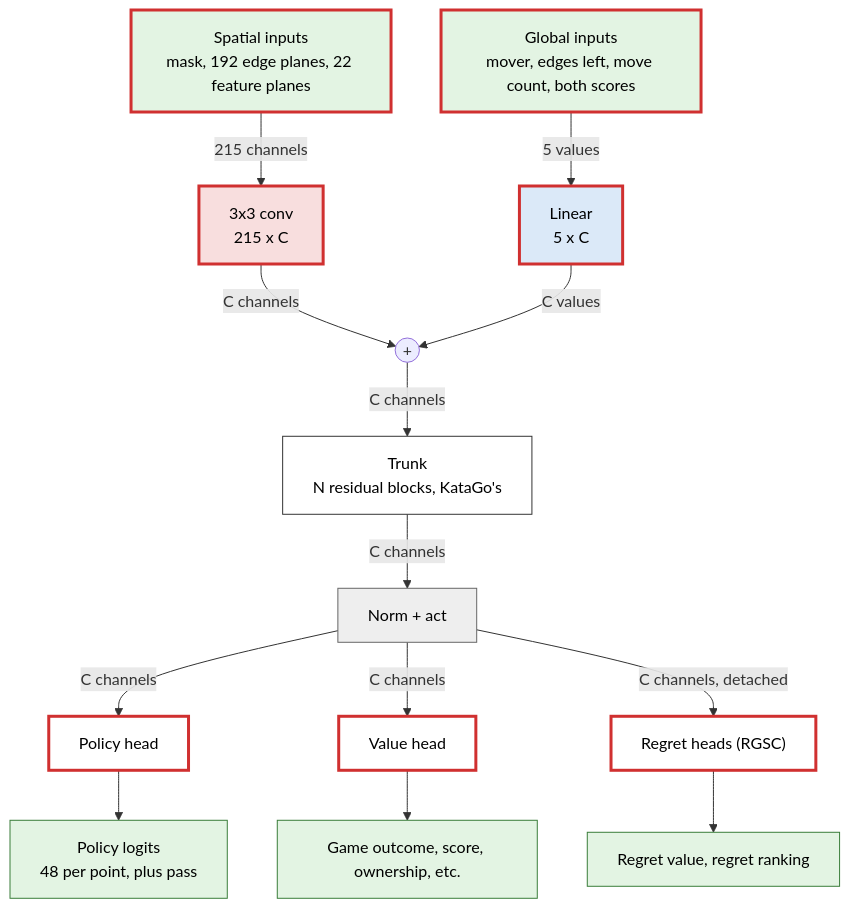
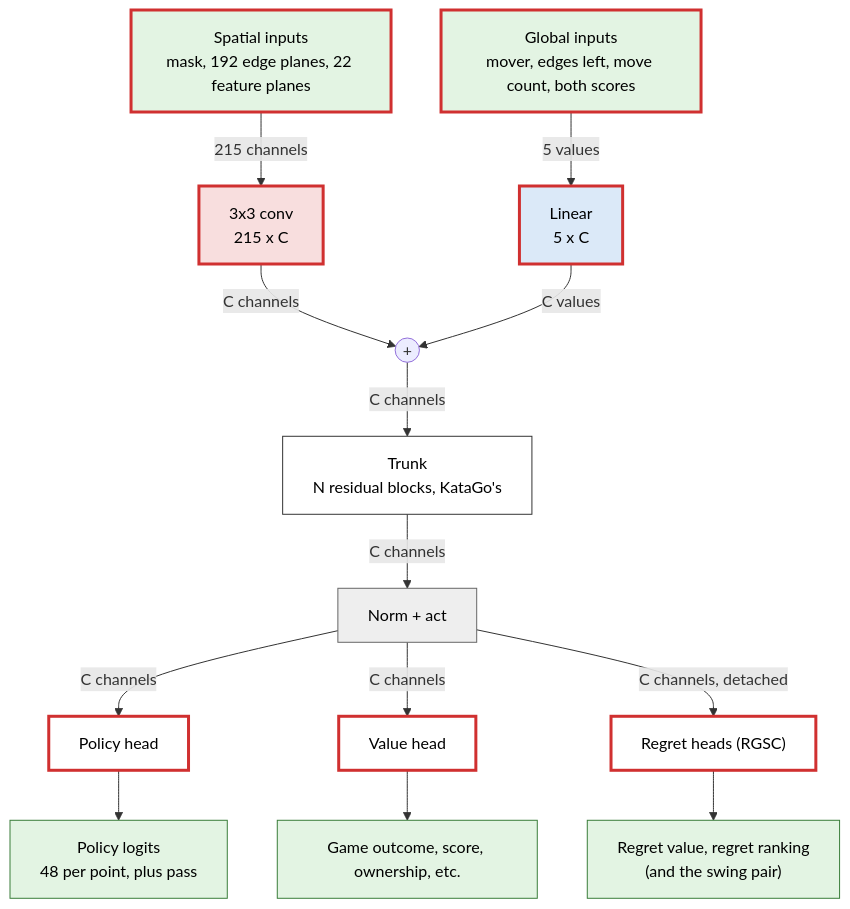
Before and after one commit to abstractclass-org/KataGame: the first of 5 diagrams in ENCLOSURE_NETWORK.md, drawn with Mermaid. The commit also changed other lines of this file and 31 other files, not shown here.

First line of the commit message:
RGSC with two sources: value swing beside vanilla regret

````diff
--- a/ENCLOSURE_NETWORK.md
+++ b/ENCLOSURE_NETWORK.md
@@ -85,46 +85,46 @@
 ```mermaid
 flowchart TD
     SI["Spatial inputs<br/>mask, 192 edge planes, 22 feature planes"]
     GI["Global inputs<br/>mover, edges left, move count, both scores"]
     C0["3x3 conv<br/>215 x C"]
     L0["Linear<br/>5 x C"]
     ADD0(("+"))
     TRUNK["Trunk<br/>N residual blocks, KataGo's"]
     TIP["Norm + act"]
     PH["Policy head"]
     VH["Value head"]
     RH["Regret heads (RGSC)"]
     PO["Policy logits<br/>48 per point, plus pass"]
     VO["Game outcome, score, ownership, etc."]
-    RO["Regret value, regret ranking"]
+    RO["Regret value, regret ranking<br/>(and the swing pair)"]
     SI -->|"215 channels"| C0
     C0 -->|"C channels"| ADD0
     GI -->|"5 values"| L0
     L0 -->|"C values"| ADD0
     ADD0 -->|"C channels"| TRUNK
     TRUNK -->|"C channels"| TIP
     TIP -->|"C channels"| PH
     TIP -->|"C channels"| VH
     TIP -->|"C channels, detached"| RH
     PH --> PO
     VH --> VO
     RH --> RO
     class SI,GI,PO,VO,RO io
     class C0 c3
     class L0 c1
     class TIP na
     class TRUNK,PH,VH,RH blk
     style SI stroke:#d03030,stroke-width:3px
     style GI stroke:#d03030,stroke-width:3px
     style C0 stroke:#d03030,stroke-width:3px
     style L0 stroke:#d03030,stroke-width:3px
     style PH stroke:#d03030,stroke-width:3px
     style VH stroke:#d03030,stroke-width:3px
     style RH stroke:#d03030,stroke-width:3px
     classDef io fill:#e3f4e3,stroke:#3a7d3a,color:#000
     classDef c3 fill:#f8dede,stroke:#a53a3a,color:#000
     classDef c1 fill:#dbe9f8,stroke:#3a6ea5,color:#000
     classDef pool fill:#fbf0d0,stroke:#9a7a1a,color:#000
     classDef na fill:#eeeeee,stroke:#666666,color:#000
     classDef blk fill:#ffffff,stroke:#333333,color:#000
 ```
````
